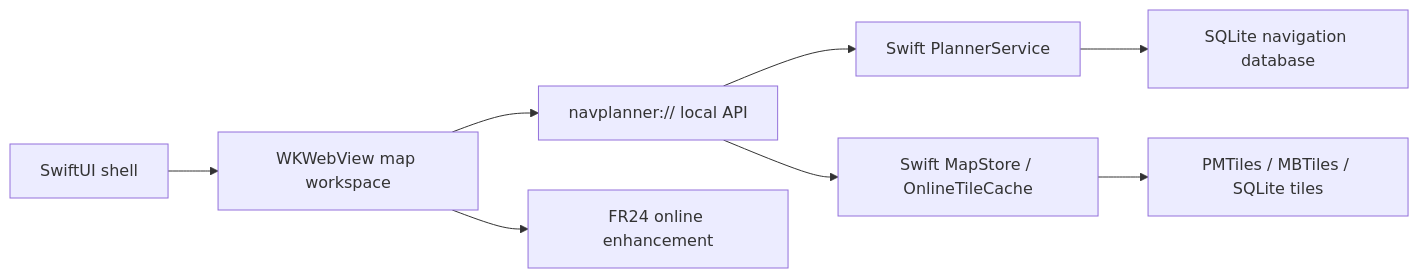
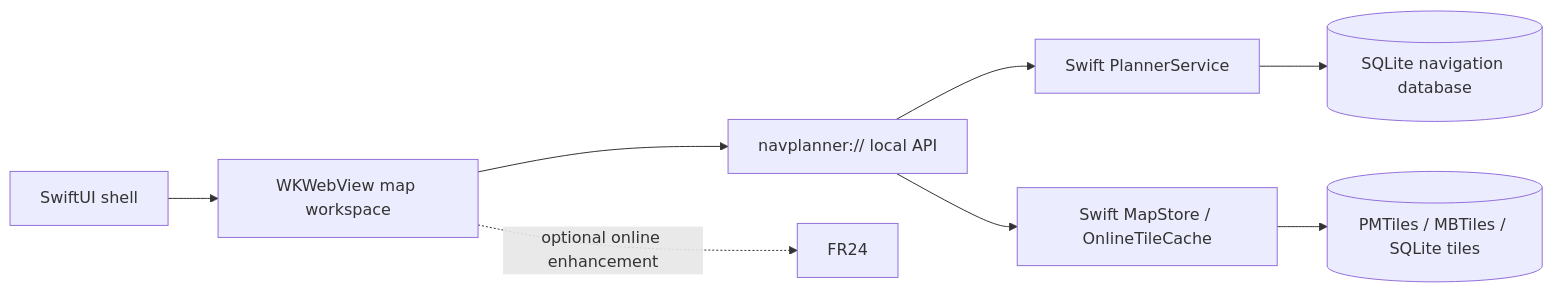
The diagram in README.md (MDX-Tom/simnav-studio), drawn with Mermaid before and after one commit. The commit also changed other lines of this file and 3 other files, not shown here.

````diff
--- a/README.md
+++ b/README.md
@@ -96,10 +158,10 @@
 ```mermaid
 flowchart LR
-  SwiftUI["SwiftUI shell"] --> WK["WKWebView map workspace"]
-  WK --> Scheme["navplanner:// local API"]
-  Scheme --> Planner["Swift PlannerService"]
-  Scheme --> Maps["Swift MapStore / OnlineTileCache"]
-  Planner --> DB["SQLite navigation database"]
-  Maps --> Files["PMTiles / MBTiles / SQLite tiles"]
-  WK --> FR24["FR24 online enhancement"]
+  UI["SwiftUI shell"] --> WK["WKWebView map workspace"]
+  WK --> API["navplanner:// local API"]
+  API --> Planner["Swift PlannerService"]
+  API --> Maps["Swift MapStore / OnlineTileCache"]
+  Planner --> DB[("SQLite navigation database")]
+  Maps --> Files[("PMTiles / MBTiles / SQLite tiles")]
+  WK -. "optional online enhancement" .-> FR24["FR24"]
 ```
````
